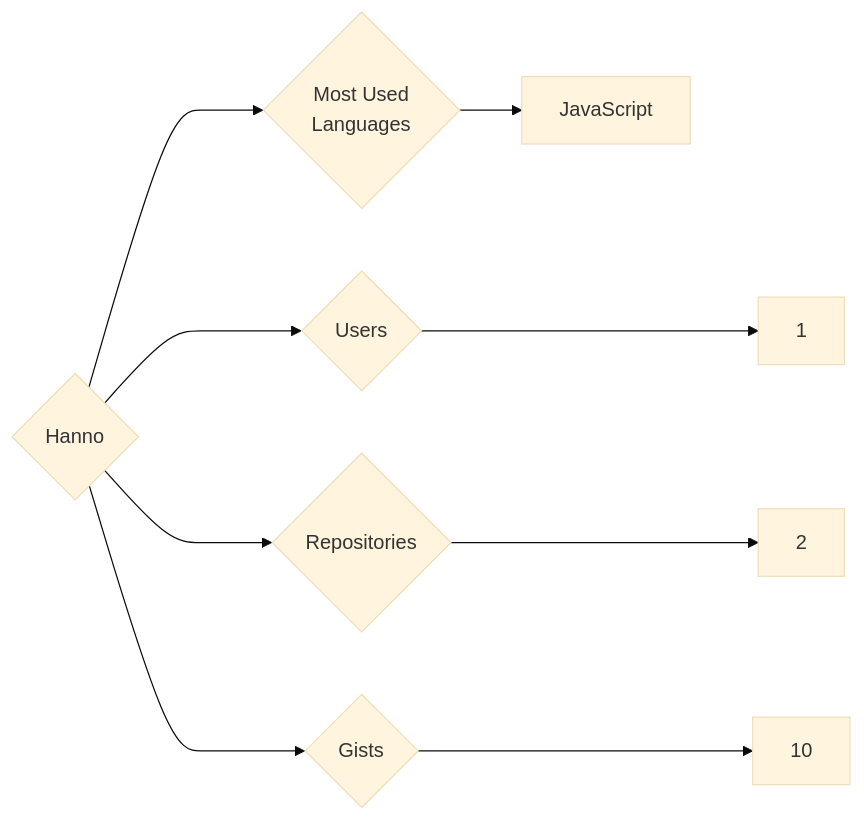
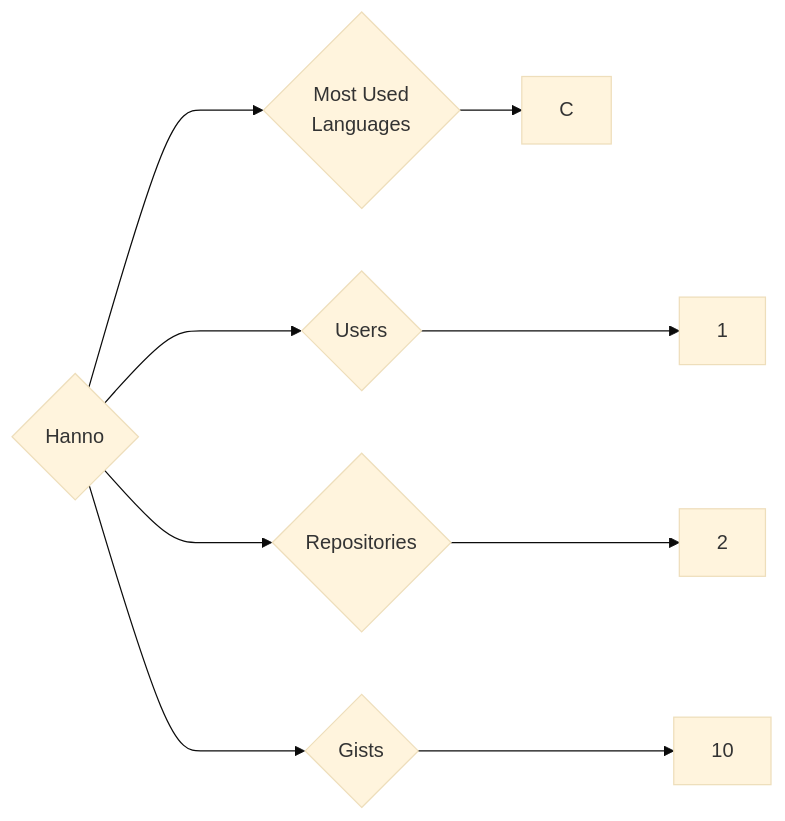
One commit to trickest/insiders changed the diagram in targets/Hanno/README.md. Above: the diagram before and after it, drawn with Mermaid (base theme). The commit also changed 1212 other files, not shown here.

````diff
--- a/targets/Hanno/README.md
+++ b/targets/Hanno/README.md
@@ -3,9 +3,9 @@
 ```mermaid
 graph LR
 COMPANY_NAME{Hanno}
 COMPANY_NAME ---> U{Users} ---> UN[1]
 COMPANY_NAME ---> R{Repositories} ---> RN[2]
 COMPANY_NAME ---> G{Gists} ---> GN[10]
 COMPANY_NAME ---> ML{Most Used<br>Languages}
-ML --> JavaScript[JavaScript]
+ML --> C[C]
 ```
````
